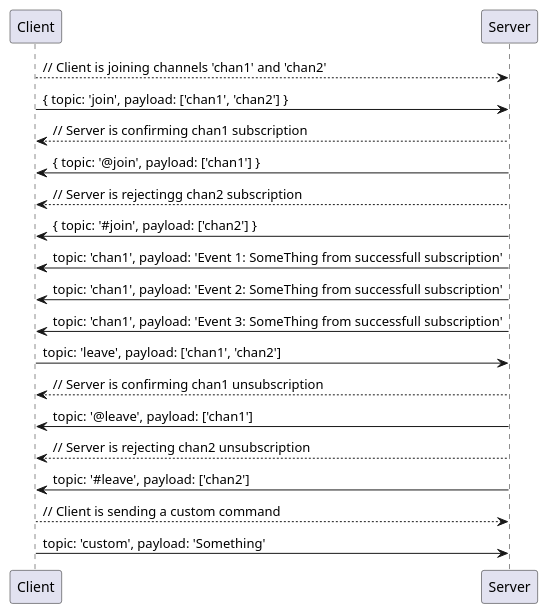
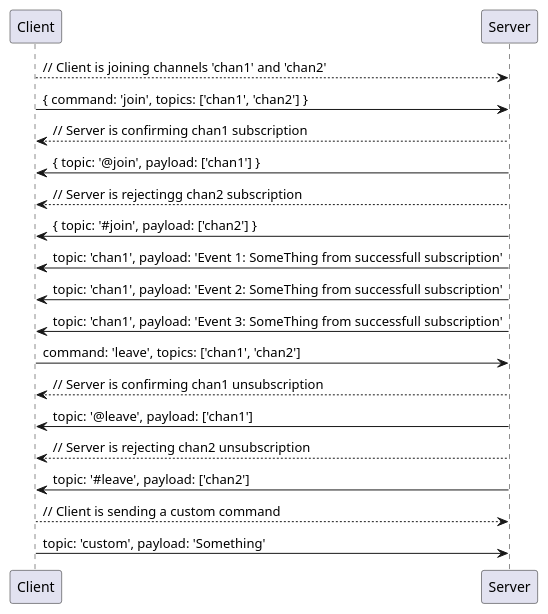
Before and after one commit to spiral-modules/websocket-client: the diagram in lib/transport.md, drawn with PlantUML. The commit also changed 4 other files, not shown here.

````diff
--- a/lib/transport.md
+++ b/lib/transport.md
@@ -77,22 +77,22 @@
 ```puml
 @startuml
 
 Client --> Server: // Client is joining channels 'chan1' and 'chan2'
-Client -> Server: { topic: 'join', payload: ['chan1', 'chan2'] }
+Client -> Server: { command: 'join', topics: ['chan1', 'chan2'] }
 Server --> Client: // Server is confirming chan1 subscription
 Server -> Client: { topic: '@join', payload: ['chan1'] }
 Server --> Client: // Server is rejectingg chan2 subscription
 Server -> Client: { topic: '#join', payload: ['chan2'] }
 Server -> Client: topic: 'chan1', payload: 'Event 1: SomeThing from successfull subscription'
 Server -> Client: topic: 'chan1', payload: 'Event 2: SomeThing from successfull subscription'
 Server -> Client: topic: 'chan1', payload: 'Event 3: SomeThing from successfull subscription'
-Client -> Server: topic: 'leave', payload: ['chan1', 'chan2']
+Client -> Server: command: 'leave', topics: ['chan1', 'chan2']
 Server --> Client: // Server is confirming chan1 unsubscription
 Server -> Client: topic: '@leave', payload: ['chan1']
 Server --> Client: // Server is rejecting chan2 unsubscription
 Server -> Client: topic: '#leave', payload: ['chan2']
 Client --> Server: // Client is sending a custom command
 Client -> Server: topic: 'custom', payload: 'Something'
 
 @enduml
 ```
````
